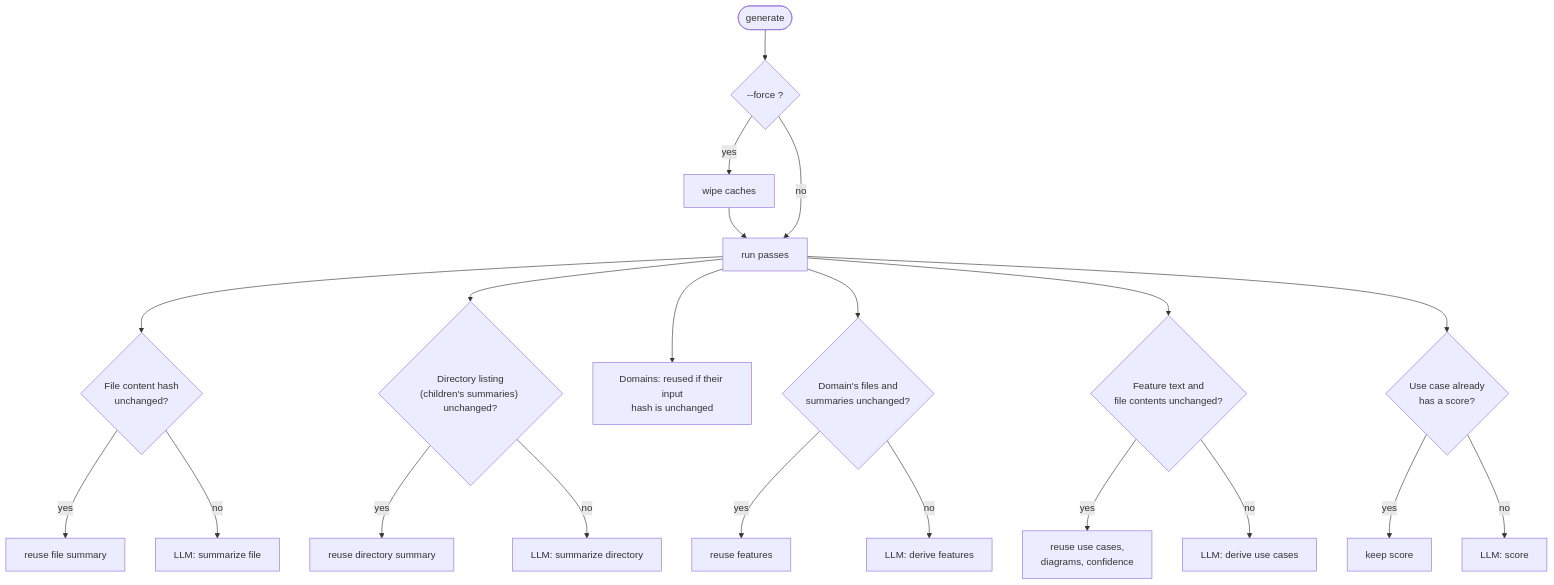
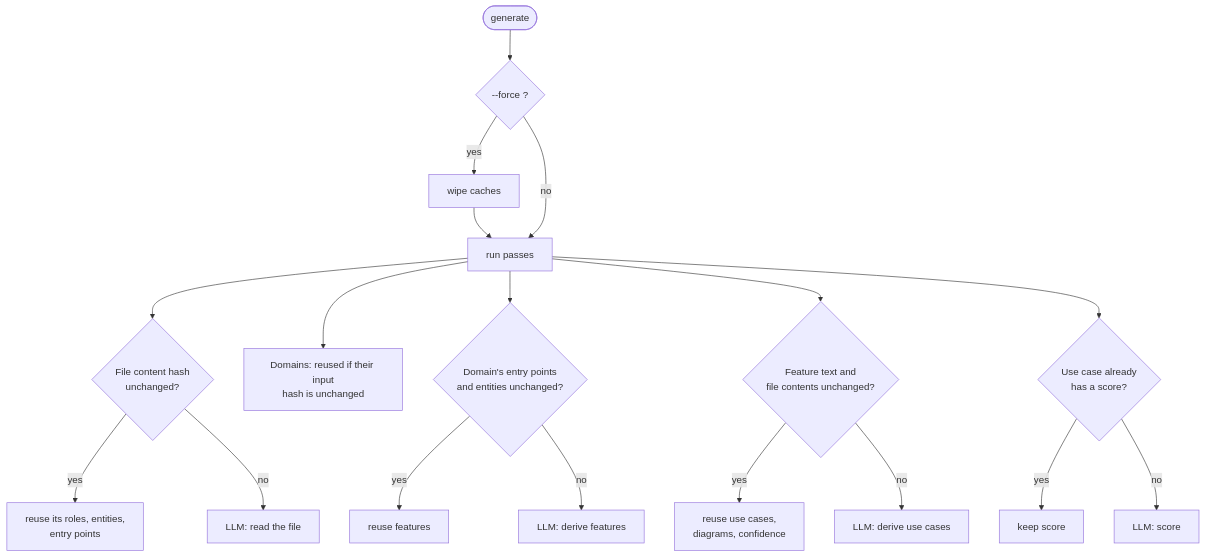
The sixth of 9 diagrams in docs/ARCHITECTURE.md (Electron-libre/RetroDoc), drawn with Mermaid before and after one commit. The commit also changed other lines of this file and 27 other files, not shown here.

````diff
--- a/docs/ARCHITECTURE.md
+++ b/docs/ARCHITECTURE.md
@@ -173,28 +171,24 @@
 ```mermaid
 flowchart TD
     start(["generate"]) --> force{"--force ?"}
     force -- yes --> wipe["wipe caches"] --> redo
     force -- no --> redo["run passes"]
 
     redo --> p2{"File content hash<br/>unchanged?"}
-    p2 -- yes --> r2["reuse file summary"]
-    p2 -- no --> c2["LLM: summarize file"]
-
-    redo --> pd{"Directory listing<br/>(children's summaries) unchanged?"}
-    pd -- yes --> rd2["reuse directory summary"]
-    pd -- no --> cd2["LLM: summarize directory"]
+    p2 -- yes --> r2["reuse its roles, entities,<br/>entry points"]
+    p2 -- no --> c2["LLM: read the file"]
 
     redo --> p3["Domains: reused if their input<br/>hash is unchanged"]
 
-    redo --> p4{"Domain's files and<br/>summaries unchanged?"}
+    redo --> p4{"Domain's entry points<br/>and entities unchanged?"}
     p4 -- yes --> r4["reuse features"]
     p4 -- no --> c4["LLM: derive features"]
 
     redo --> p5{"Feature text and<br/>file contents unchanged?"}
     p5 -- yes --> r5["reuse use cases,<br/>diagrams, confidence"]
     p5 -- no --> c5["LLM: derive use cases"]
 
     redo --> p7{"Use case already<br/>has a score?"}
     p7 -- yes --> r7["keep score"]
     p7 -- no --> c7["LLM: score"]
 ```
````
